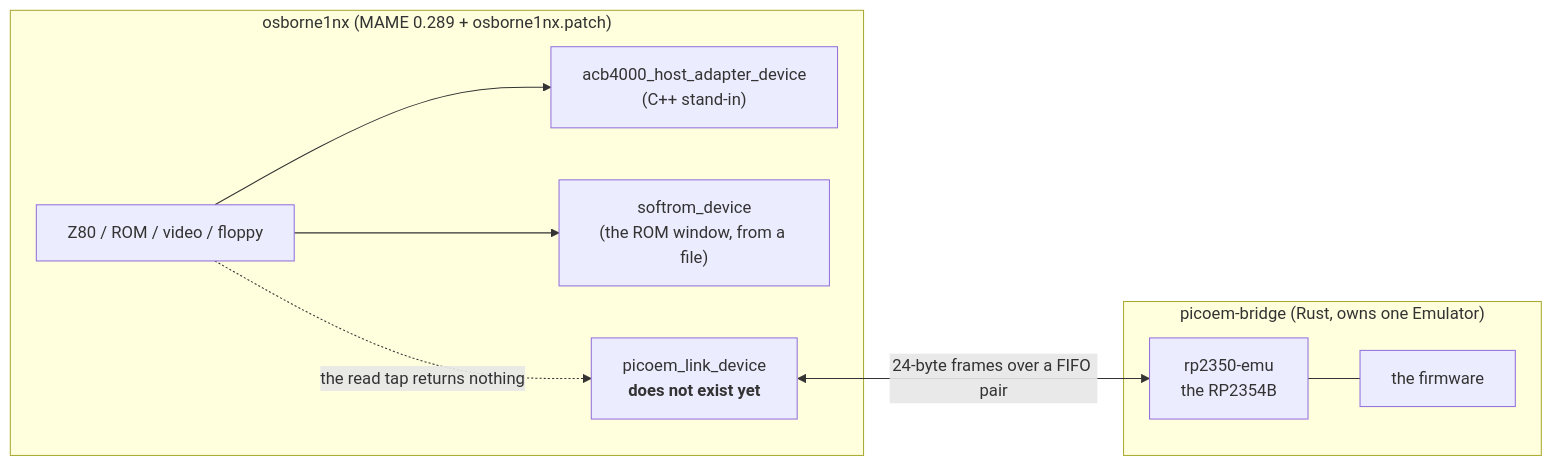
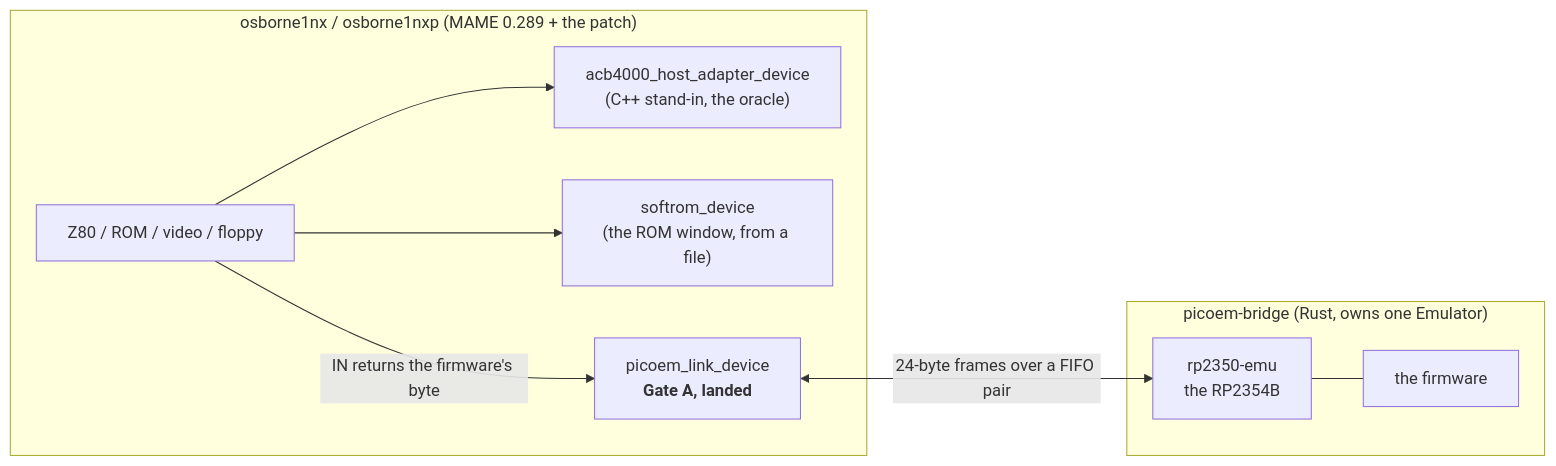
Before and after one commit to Myrcurial/o1next: the diagram in docs/emulation-testbed.md, drawn with Mermaid. The commit also changed other lines of this file and 7 other files, not shown here.

````diff
--- a/docs/emulation-testbed.md
+++ b/docs/emulation-testbed.md
@@ -33,18 +35,18 @@
 ```mermaid
 flowchart LR
-    subgraph MAME["osborne1nx (MAME 0.289 + osborne1nx.patch)"]
+    subgraph MAME["osborne1nx / osborne1nxp (MAME 0.289 + the patch)"]
         Z80[Z80 / ROM / video / floppy]
-        CARD["acb4000_host_adapter_device<br/>(C++ stand-in)"]
+        CARD["acb4000_host_adapter_device<br/>(C++ stand-in, the oracle)"]
         SOFT["softrom_device<br/>(the ROM window, from a file)"]
-        LINK["picoem_link_device<br/><b>does not exist yet</b>"]
+        LINK["picoem_link_device<br/><b>Gate A, landed</b>"]
     end
     subgraph PICOEM["picoem-bridge (Rust, owns one Emulator)"]
         CHIP["rp2350-emu<br/>the RP2354B"]
         FW["the firmware"]
     end
     Z80 --> CARD
     Z80 --> SOFT
-    Z80 -.->|"the read tap returns nothing"| LINK
+    Z80 -->|"IN returns the firmware's byte"| LINK
     LINK <-->|"24-byte frames over a FIFO pair"| CHIP
     CHIP --- FW
 ```
````
